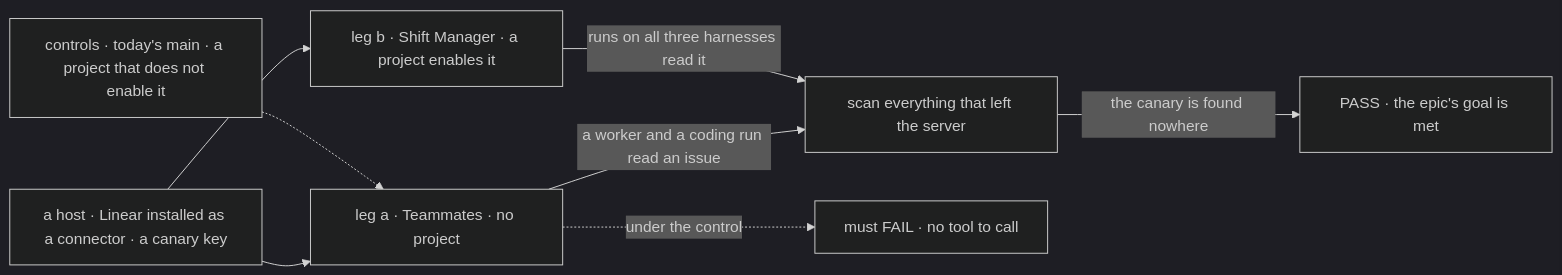
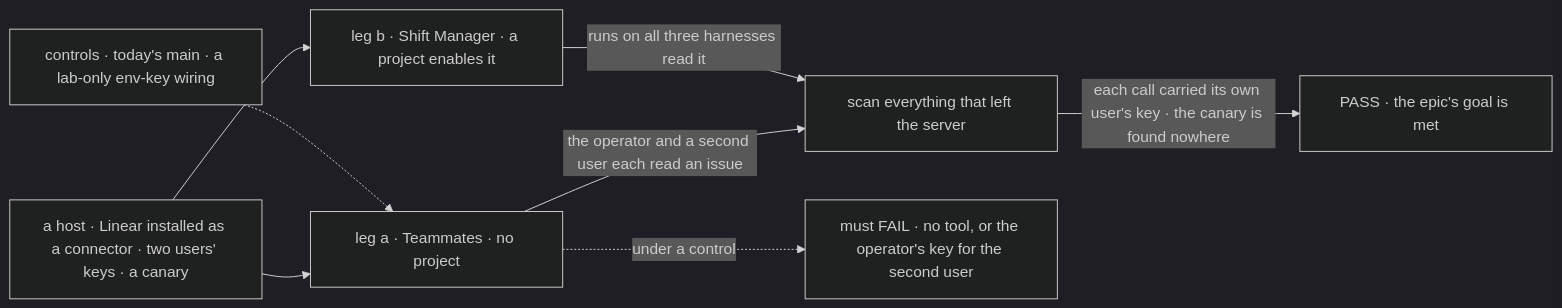
Before and after one commit to fixpoint-labs/flow-state-dev: the first of 2 diagrams in specs/epics/FIX-2615/SPEC.md, drawn with Mermaid (dark theme). The commit also changed other lines of this file and 1 other file, not shown here.

First line of the commit message:
spec(FIX-2615): leg a checks a second user's key; lab-only env-key wiring is a control

````diff
--- a/specs/epics/FIX-2615/SPEC.md
+++ b/specs/epics/FIX-2615/SPEC.md
@@ -27,10 +27,10 @@
 ```mermaid
 flowchart LR
-  H["a host · Linear installed as a connector · a canary key"] --> L1["leg a · Teammates · no project"]
+  H["a host · Linear installed as a connector · two users' keys · a canary"] --> L1["leg a · Teammates · no project"]
   H --> L2["leg b · Shift Manager · a project enables it"]
-  L1 -->|"a worker and a coding run read an issue"| S["scan everything that left the server"]
+  L1 -->|"the operator and a second user each read an issue"| S["scan everything that left the server"]
   L2 -->|"runs on all three harnesses read it"| S
-  S -->|"the canary is found nowhere"| P["PASS · the epic's goal is met"]
-  C["controls · today's main · a project that does not enable it"] -.-> L1
-  L1 -.->|"under the control"| F["must FAIL · no tool to call"]
+  S -->|"each call carried its own user's key · the canary is found nowhere"| P["PASS · the epic's goal is met"]
+  C["controls · today's main · a lab-only env-key wiring"] -.-> L1
+  L1 -.->|"under a control"| F["must FAIL · no tool, or the operator's key for the second user"]
 ```
````
